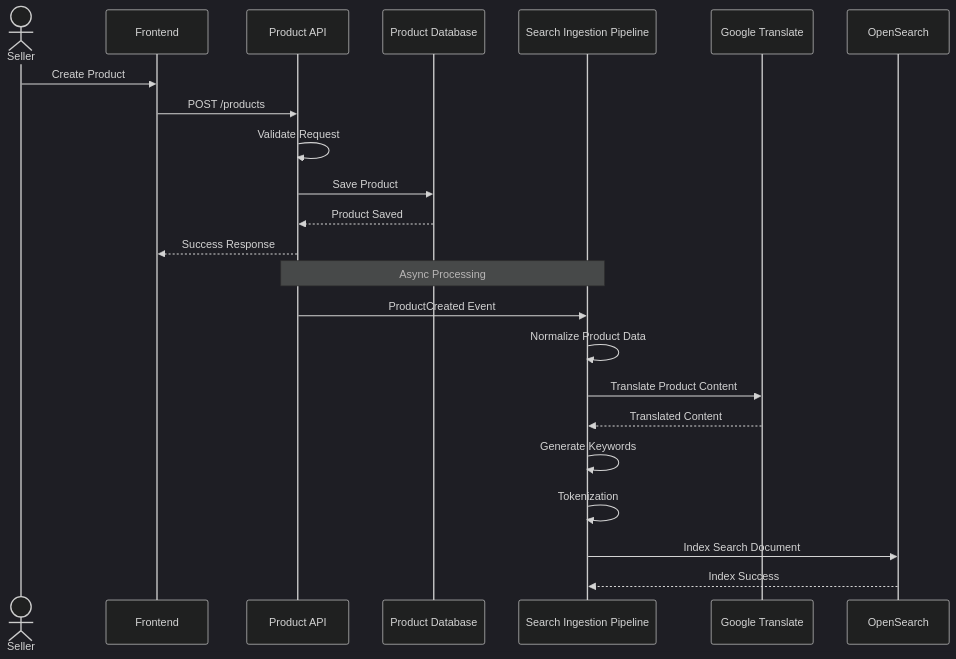
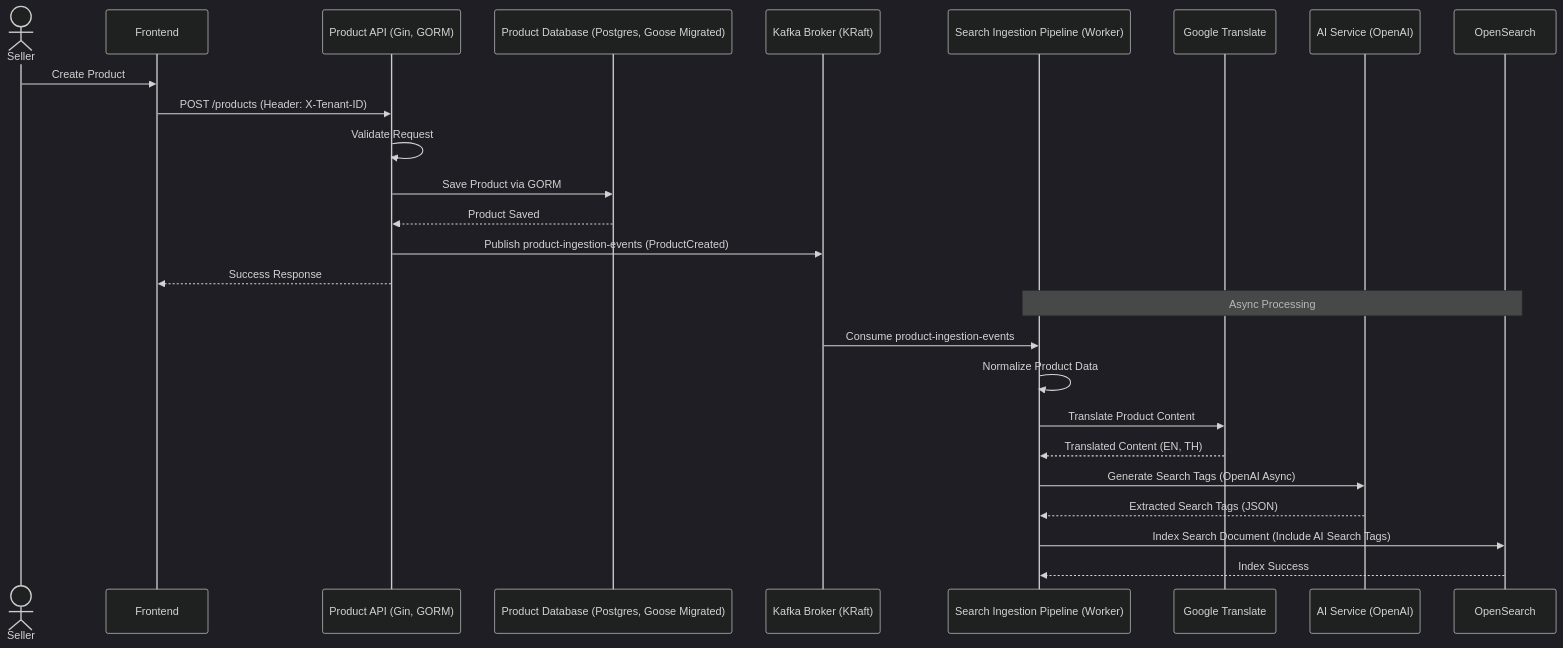
Before and after one commit to PhamHao1412/search-engine: the first of 3 diagrams in ba/user-stories/US-001-Product-Ingestion.md, drawn with Mermaid (dark theme). The commit also changed other lines of this file and 66 other files, not shown here.

Commit message:
[main]feat: implement product ingestion pipeline and product search api (us-001 & us-002)

````diff
--- a/ba/user-stories/US-001-Product-Ingestion.md
+++ b/ba/user-stories/US-001-Product-Ingestion.md
@@ -83,42 +83,46 @@
 ```mermaid
 sequenceDiagram
 
 actor Seller
 
 participant FE as Frontend
-participant ProductAPI as Product API
-participant DB as Product Database
-participant Ingestion as Search Ingestion Pipeline
+participant ProductAPI as Product API (Gin, GORM)
+participant DB as Product Database (Postgres, Goose Migrated)
+participant Broker as Kafka Broker (KRaft)
+participant Ingestion as Search Ingestion Pipeline (Worker)
 participant Translate as Google Translate
+participant AI as AI Service (OpenAI)
 participant OpenSearch as OpenSearch
 
 Seller->>FE: Create Product
 
-FE->>ProductAPI: POST /products
+FE->>ProductAPI: POST /products (Header: X-Tenant-ID)
 
 ProductAPI->>ProductAPI: Validate Request
 
-ProductAPI->>DB: Save Product
+ProductAPI->>DB: Save Product via GORM
 
 DB-->>ProductAPI: Product Saved
 
+ProductAPI->>Broker: Publish product-ingestion-events (ProductCreated)
+
 ProductAPI-->>FE: Success Response
 
-Note over ProductAPI,Ingestion: Async Processing
+Note over Ingestion,OpenSearch: Async Processing
 
-ProductAPI->>Ingestion: ProductCreated Event
+Broker->>Ingestion: Consume product-ingestion-events
 
 Ingestion->>Ingestion: Normalize Product Data
 
 Ingestion->>Translate: Translate Product Content
 
-Translate-->>Ingestion: Translated Content
+Translate-->>Ingestion: Translated Content (EN, TH)
 
-Ingestion->>Ingestion: Generate Keywords
+Ingestion->>AI: Generate Search Tags (OpenAI Async)
 
-Ingestion->>Ingestion: Tokenization
+AI-->>Ingestion: Extracted Search Tags (JSON)
 
-Ingestion->>OpenSearch: Index Search Document
+Ingestion->>OpenSearch: Index Search Document (Include AI Search Tags)
 
 OpenSearch-->>Ingestion: Index Success
 ```
````
